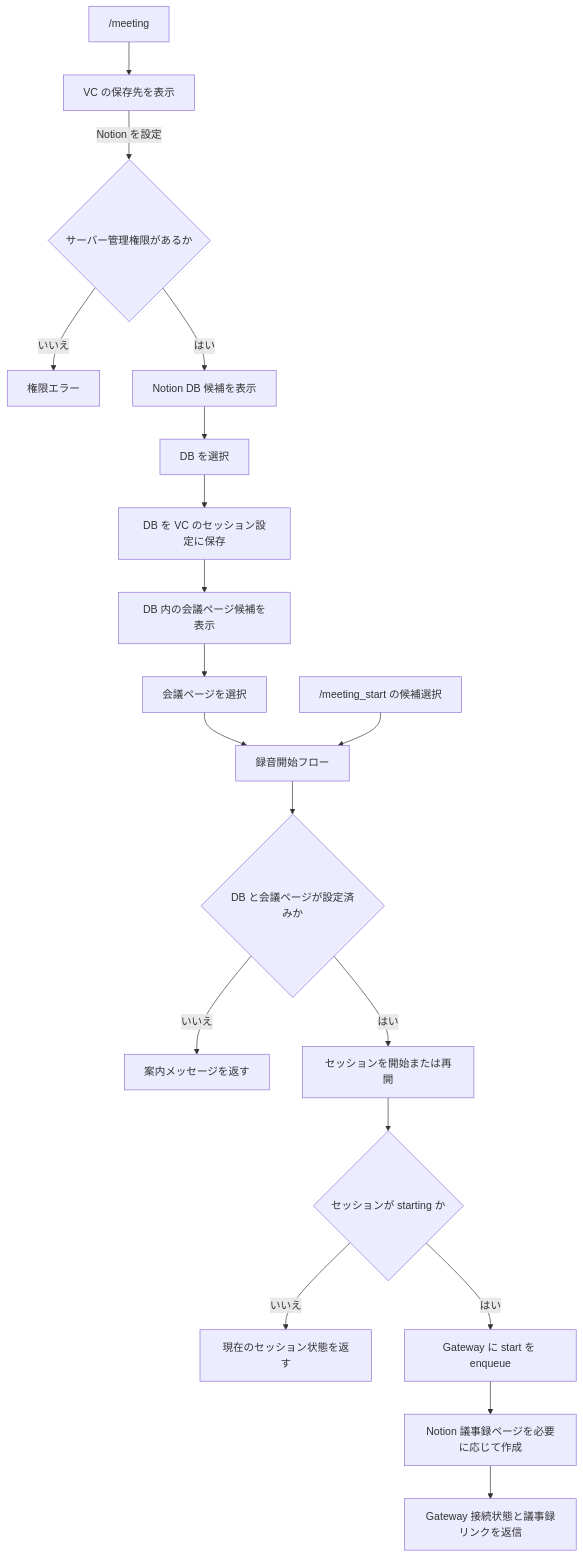
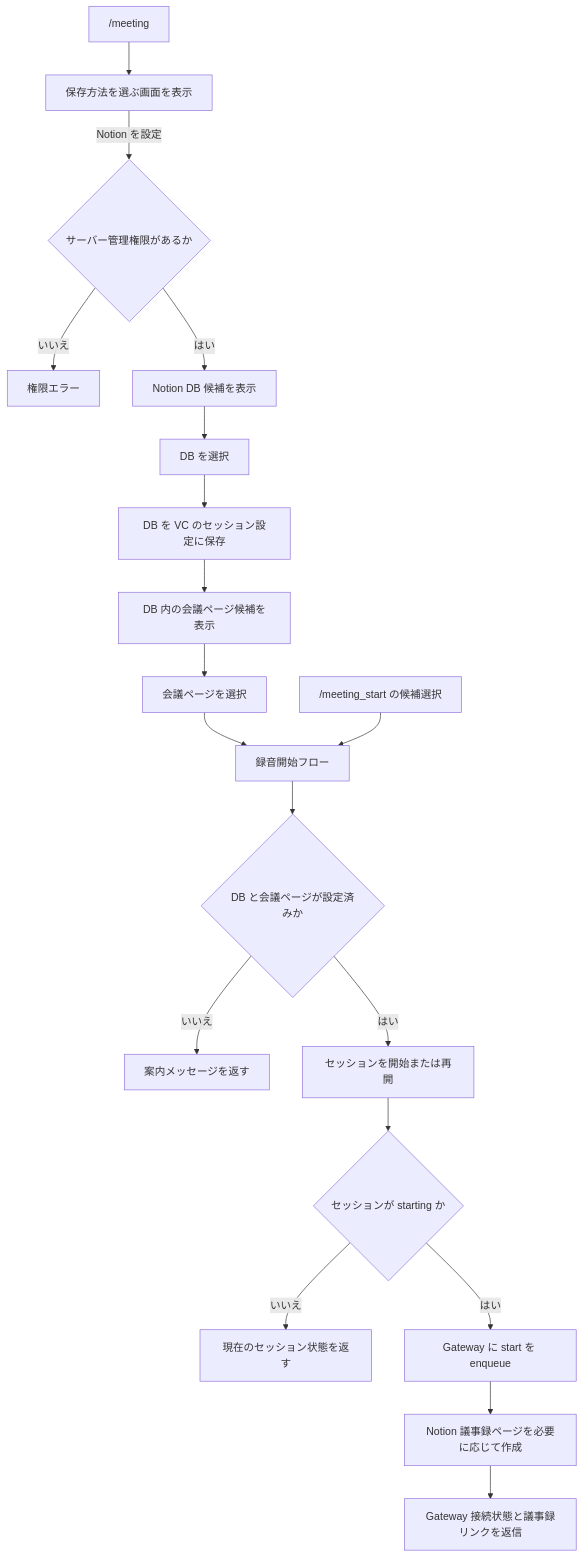
One commit to tuatmcc/ai-meeting-minutes-bot changed the second of 2 diagrams in docs/discord-interaction-flows.md. Above: the diagram before and after it, drawn with Mermaid. The commit also changed 3 other files, not shown here.

````diff
--- a/docs/discord-interaction-flows.md
+++ b/docs/discord-interaction-flows.md
@@ -36,22 +36,22 @@
 ```mermaid
 flowchart TD
-    A["/meeting"] --> B["VC の保存先を表示"]
+    A["/meeting"] --> B["保存方法を選ぶ画面を表示"]
     B -->|Notion を設定| C{"サーバー管理権限があるか"}
     C -->|いいえ| X["権限エラー"]
     C -->|はい| D["Notion DB 候補を表示"]
     D --> E["DB を選択"]
     E --> F["DB を VC のセッション設定に保存"]
     F --> G["DB 内の会議ページ候補を表示"]
     G --> H["会議ページを選択"]
     H --> I
 
     A2["/meeting_start の候補選択"] --> I["録音開始フロー"]
     I --> J{"DB と会議ページが設定済みか"}
     J -->|いいえ| Y["案内メッセージを返す"]
     J -->|はい| K["セッションを開始または再開"]
     K --> L{"セッションが starting か"}
     L -->|いいえ| Z["現在のセッション状態を返す"]
     L -->|はい| M["Gateway に start を enqueue"]
     M --> N["Notion 議事録ページを必要に応じて作成"]
     N --> O["Gateway 接続状態と議事録リンクを返信"]
 ```
````
